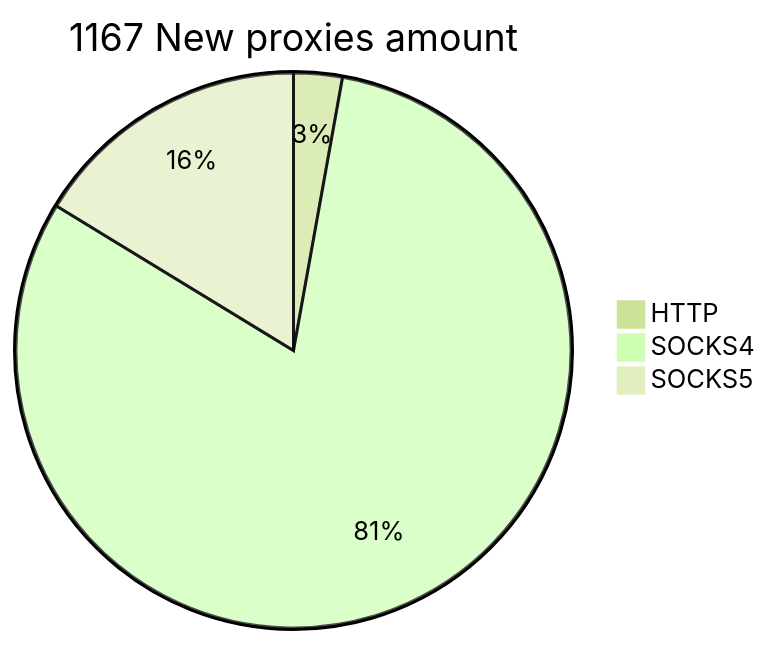
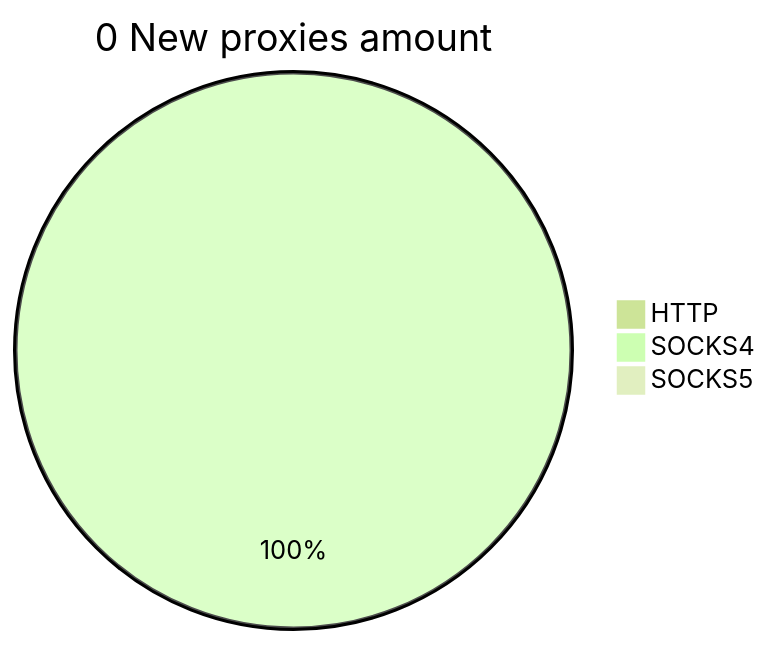
Before and after one commit to cutipu/proxylist: the second of 2 diagrams in README.md, drawn with Mermaid (forest theme). The commit also changed other lines of this file, not shown here.

````diff
--- a/README.md
+++ b/README.md
@@ -10,6 +10,6 @@
 ```mermaid
-pie title 1167 New proxies amount
-    "HTTP" : 33
-    "SOCKS4" : 944
-    "SOCKS5" : 190
+pie title 0 New proxies amount
+    "HTTP" : 0
+    "SOCKS4" : 1
+    "SOCKS5" : 0
 ```
````
